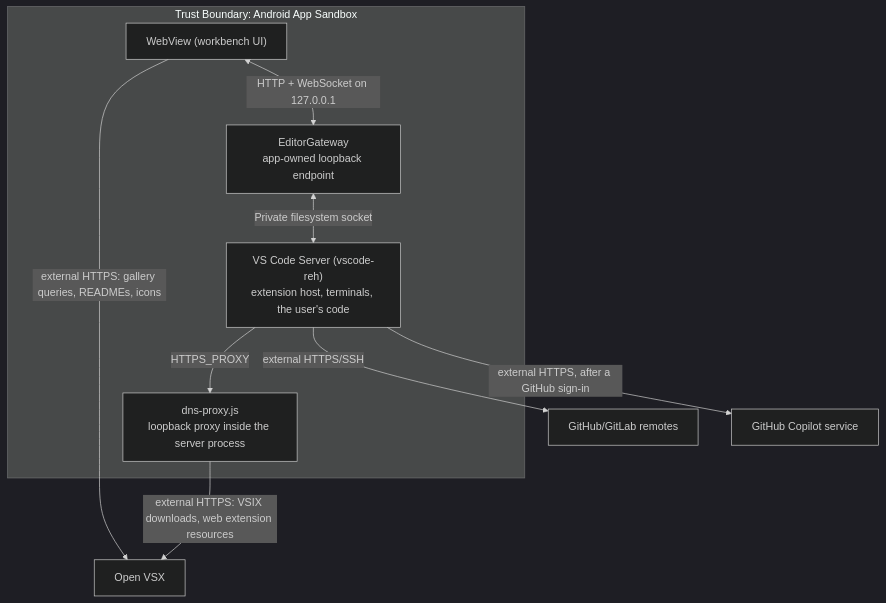
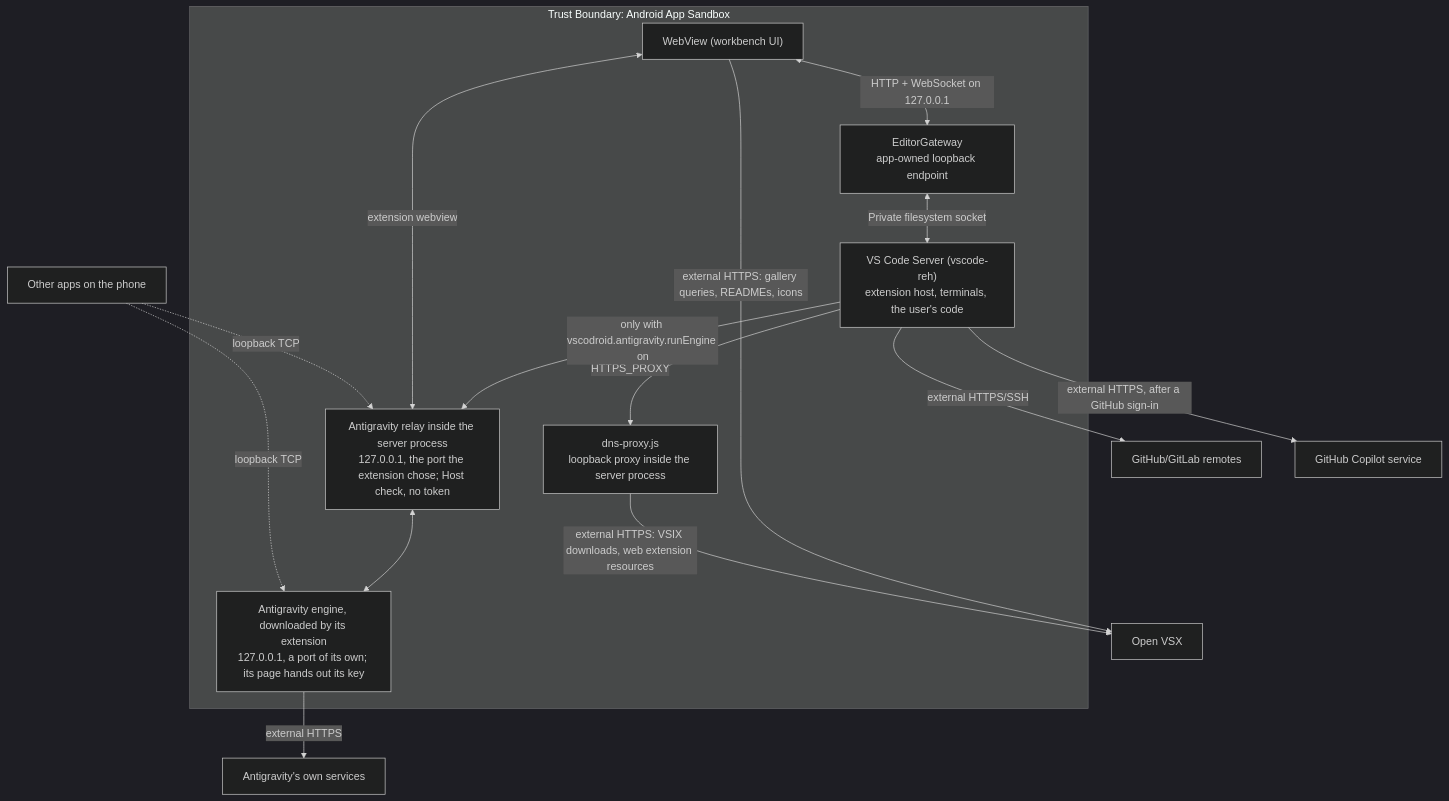
Before and after one commit to rmyndharis/VSCodroid: the diagram in docs/06-SECURITY.md, drawn with Mermaid (dark theme). The commit also changed other lines of this file and 60 other files, not shown here.

````diff
--- a/docs/06-SECURITY.md
+++ b/docs/06-SECURITY.md
@@ -24,12 +24,18 @@
 ```mermaid
 flowchart TD
   subgraph SANDBOX["Trust Boundary: Android App Sandbox"]
     W["WebView (workbench UI)"] <--> |"HTTP + WebSocket on 127.0.0.1"| E["EditorGateway<br/>app-owned loopback endpoint"]
     E <--> |"Private filesystem socket"| N["VS Code Server (vscode-reh)<br/>extension host, terminals, the user's code"]
     N --> |"HTTPS_PROXY"| P["dns-proxy.js<br/>loopback proxy inside the server process"]
+    N --> |"only with vscodroid.antigravity.runEngine on"| R["Antigravity relay inside the server process<br/>127.0.0.1, the port the extension chose; Host check, no token"]
+    W <--> |"extension webview"| R
+    R <--> AG["Antigravity engine, downloaded by its extension<br/>127.0.0.1, a port of its own; its page hands out its key"]
   end
+  X["Other apps on the phone"] -.-> |"loopback TCP"| R
+  X -.-> |"loopback TCP"| AG
+  AG --> |"external HTTPS"| GA["Antigravity's own services"]
   W --> |"external HTTPS: gallery queries, READMEs, icons"| O["Open VSX"]
   P --> |"external HTTPS: VSIX downloads, web extension resources"| O
   N --> |"external HTTPS/SSH"| G["GitHub/GitLab remotes"]
   N --> |"external HTTPS, after a GitHub sign-in"| C["GitHub Copilot service"]
 ```
````
